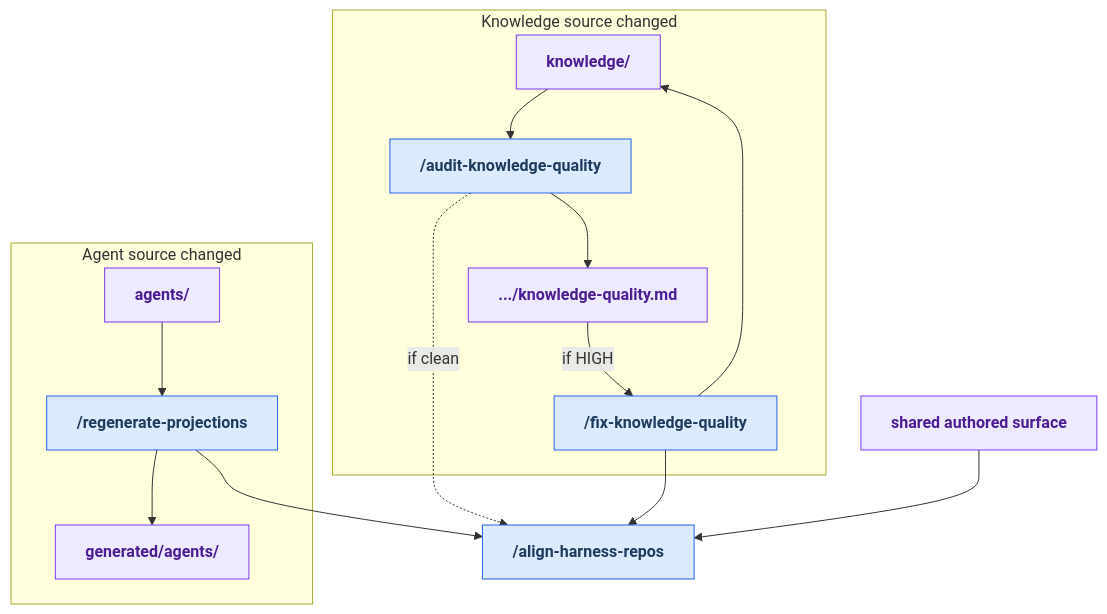
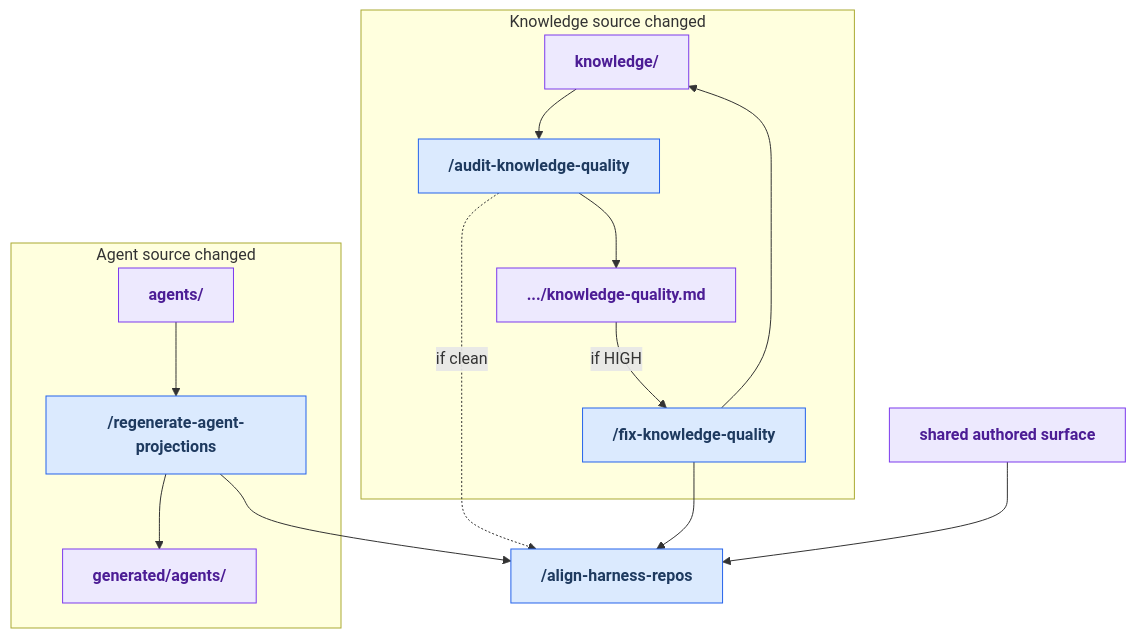
One commit to russell-laing/al-dev-shared changed the diagram in docs/maintainer-tooling/derive.md. Above: the diagram before and after it, drawn with Mermaid. The commit also changed other lines of this file and 10 other files, not shown here.

Commit message:
🚚 move(skills): regenerate-projections → regenerate-agent-projections

````diff
--- a/docs/maintainer-tooling/derive.md
+++ b/docs/maintainer-tooling/derive.md
@@ -61,40 +61,40 @@
 ```mermaid
 flowchart TD
     classDef userSkill fill:#dbeafe,stroke:#2563eb,color:#1e3a5f,font-weight:bold
     classDef artifact fill:#ede9fe,stroke:#7c3aed,color:#4c1d95,font-weight:bold
 
     subgraph agent_lane["Agent source changed"]
         art_agent_source["agents/"]
-        skill_regenerate_projections["/regenerate-projections"]
+        skill_regenerate_agent_projections["/regenerate-agent-projections"]
         art_generated_agents["generated/agents/"]
     end
     subgraph knowledge_lane["Knowledge source changed"]
         art_knowledge_source["knowledge/"]
         skill_audit_knowledge_quality["/audit-knowledge-quality"]
         art_knowledge_quality_report[".../knowledge-quality.md"]
         skill_fix_knowledge_quality["/fix-knowledge-quality"]
     end
     art_shared_surface["shared authored surface"]
     skill_align_harness_repos["/align-harness-repos"]
 
-    art_agent_source --> skill_regenerate_projections
-    skill_regenerate_projections --> art_generated_agents
-    skill_regenerate_projections --> skill_align_harness_repos
+    art_agent_source --> skill_regenerate_agent_projections
+    skill_regenerate_agent_projections --> art_generated_agents
+    skill_regenerate_agent_projections --> skill_align_harness_repos
     art_knowledge_source --> skill_audit_knowledge_quality
     skill_audit_knowledge_quality --> art_knowledge_quality_report
     art_knowledge_quality_report -- "if HIGH" --> skill_fix_knowledge_quality
     skill_audit_knowledge_quality -. "if clean" .-> skill_align_harness_repos
     skill_fix_knowledge_quality --> art_knowledge_source
     skill_fix_knowledge_quality --> skill_align_harness_repos
     art_shared_surface --> skill_align_harness_repos
 
-    class skill_regenerate_projections userSkill
+    class skill_regenerate_agent_projections userSkill
     class skill_audit_knowledge_quality userSkill
     class skill_fix_knowledge_quality userSkill
     class skill_align_harness_repos userSkill
     class art_agent_source artifact
     class art_generated_agents artifact
     class art_knowledge_source artifact
     class art_knowledge_quality_report artifact
     class art_shared_surface artifact
 ```
````
